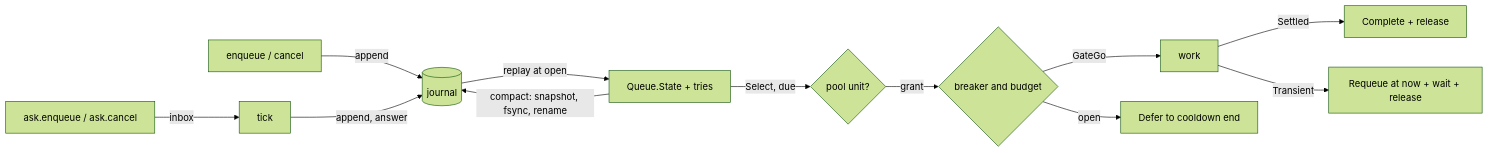
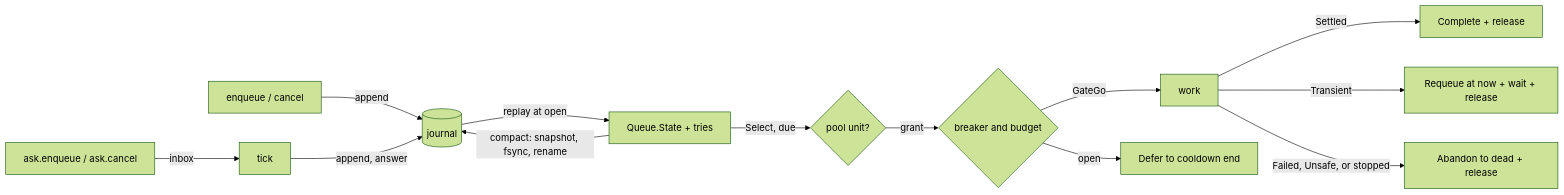
The diagram in runner/README.md (MuhDur/bend-kit), drawn with Mermaid (forest theme) before and after one commit. The commit also changed other lines of this file and 16 other files, not shown here.

Commit message:
feat(runner): keep a job that answers Retry.Failed dead; re-pin hairpin and runner to retry 0.2.0.0

````diff
--- a/runner/README.md
+++ b/runner/README.md
@@ -11,14 +11,15 @@
 ```mermaid
 flowchart LR
   E[enqueue / cancel] -->|append| J[(journal)]
   A[ask.enqueue / ask.cancel] -->|inbox| T[tick]
   T -->|append, answer| J
   J -->|replay at open| S[Queue.State + tries]
   S -->|Select, due| P{pool unit?}
   P -->|grant| B{breaker and budget}
   B -->|GateGo| W[work]
   B -->|open| D[Defer to cooldown end]
   W -->|Settled| C[Complete + release]
   W -->|Transient| Rq[Requeue at now + wait + release]
+  W -->|Failed, Unsafe, or stopped| X[Abandon to dead + release]
   S -->|compact: snapshot, fsync, rename| J
 ```
````
